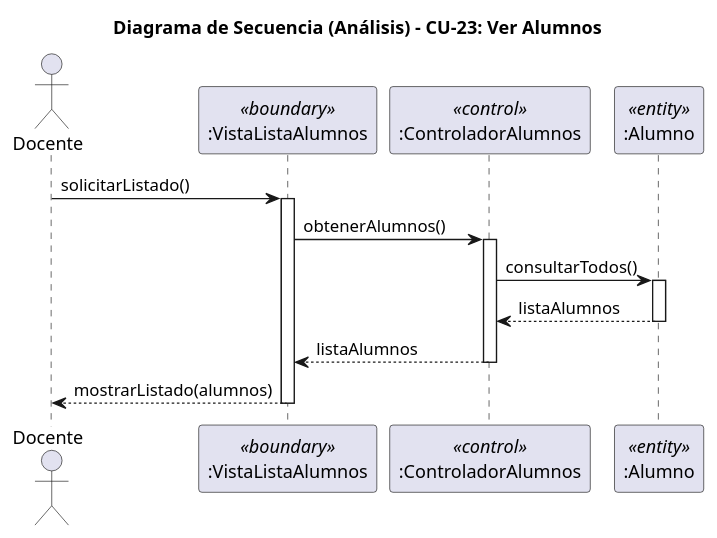
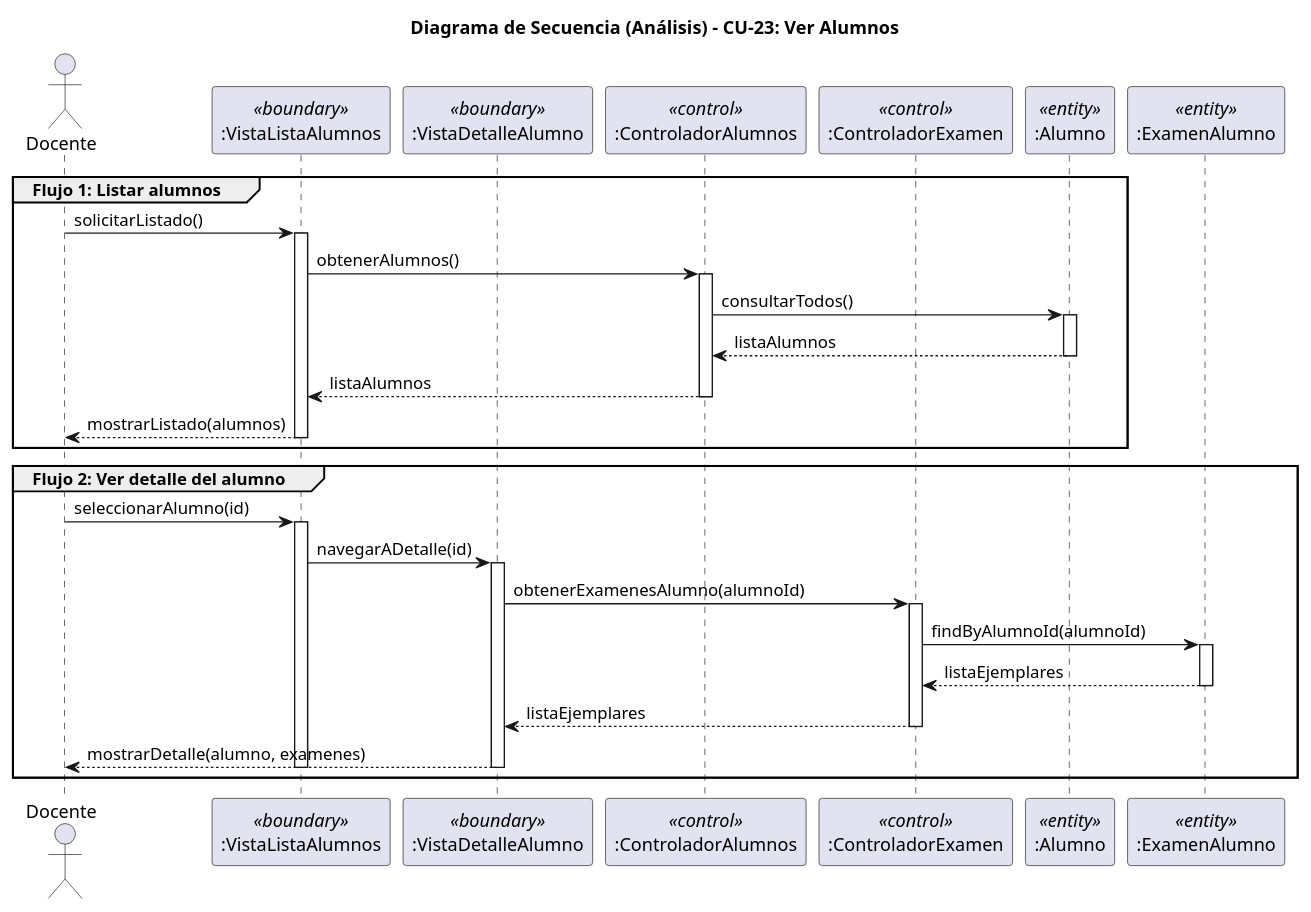
The diagram in RUP/01-analisis/casos-uso/CU-23-verAlumnos/analisis-secuencia-CU-23-verAlumnos.puml (liamanderson873/25-26-idsw2-sdVC), drawn with PlantUML before and after one commit. The commit also changed 12 other files, not shown here.

First line of the commit message:
docs(RUP): actualizar diagramas de análisis y diseño con páginas de detalle, batch cancel y revisión en pestaña propia

```diff
--- a/RUP/01-analisis/casos-uso/CU-23-verAlumnos/analisis-secuencia-CU-23-verAlumnos.puml
+++ b/RUP/01-analisis/casos-uso/CU-23-verAlumnos/analisis-secuencia-CU-23-verAlumnos.puml
@@ -1,26 +1,54 @@
 @startuml cu23-verAlumnos-analisis-secuencia
 title Diagrama de Secuencia (Análisis) - CU-23: Ver Alumnos
 
 actor "Docente" as Actor
 participant ":VistaListaAlumnos" as Boundary <<boundary>>
-participant ":ControladorAlumnos" as Control <<control>>
-participant ":Alumno" as Entity <<entity>>
+participant ":VistaDetalleAlumno" as DetailBoundary <<boundary>>
+participant ":ControladorAlumnos" as ControlAlumnos <<control>>
+participant ":ControladorExamen" as ControlExamen <<control>>
+participant ":Alumno" as EntityAlumno <<entity>>
+participant ":ExamenAlumno" as EntityExamen <<entity>>
 
-Actor -> Boundary : solicitarListado()
-activate Boundary
+group Flujo 1: Listar alumnos
+    Actor -> Boundary : solicitarListado()
+    activate Boundary
 
-Boundary -> Control : obtenerAlumnos()
-activate Control
+    Boundary -> ControlAlumnos : obtenerAlumnos()
+    activate ControlAlumnos
 
-Control -> Entity : consultarTodos()
-activate Entity
-Entity --> Control : listaAlumnos
-deactivate Entity
+    ControlAlumnos -> EntityAlumno : consultarTodos()
+    activate EntityAlumno
+    EntityAlumno --> ControlAlumnos : listaAlumnos
+    deactivate EntityAlumno
 
-Control --> Boundary : listaAlumnos
-deactivate Control
+    ControlAlumnos --> Boundary : listaAlumnos
+    deactivate ControlAlumnos
 
-Boundary --> Actor : mostrarListado(alumnos)
-deactivate Boundary
+    Boundary --> Actor : mostrarListado(alumnos)
+    deactivate Boundary
+end
+
+group Flujo 2: Ver detalle del alumno
+    Actor -> Boundary : seleccionarAlumno(id)
+    activate Boundary
+
+    Boundary -> DetailBoundary : navegarADetalle(id)
+    activate DetailBoundary
+
+    DetailBoundary -> ControlExamen : obtenerExamenesAlumno(alumnoId)
+    activate ControlExamen
+
+    ControlExamen -> EntityExamen : findByAlumnoId(alumnoId)
+    activate EntityExamen
+    EntityExamen --> ControlExamen : listaEjemplares
+    deactivate EntityExamen
+
+    ControlExamen --> DetailBoundary : listaEjemplares
+    deactivate ControlExamen
+
+    DetailBoundary --> Actor : mostrarDetalle(alumno, examenes)
+    deactivate DetailBoundary
+    deactivate Boundary
+end
 
 @enduml
```
